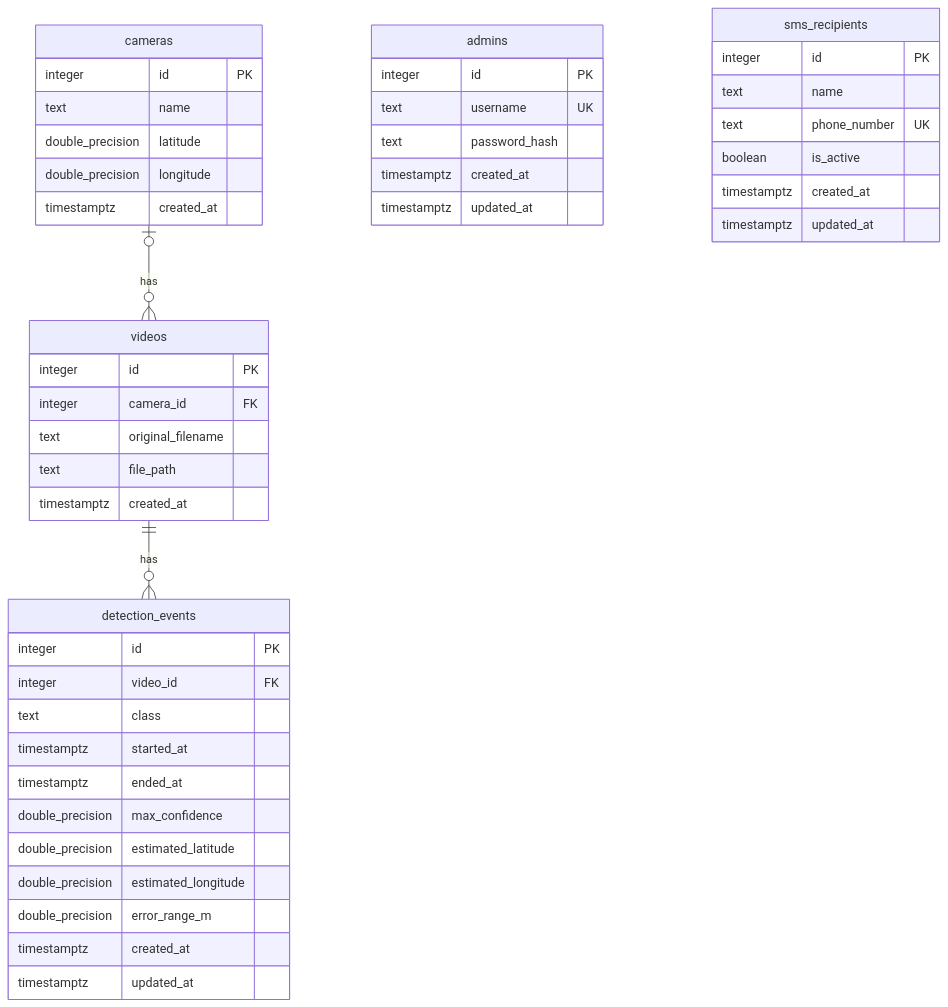
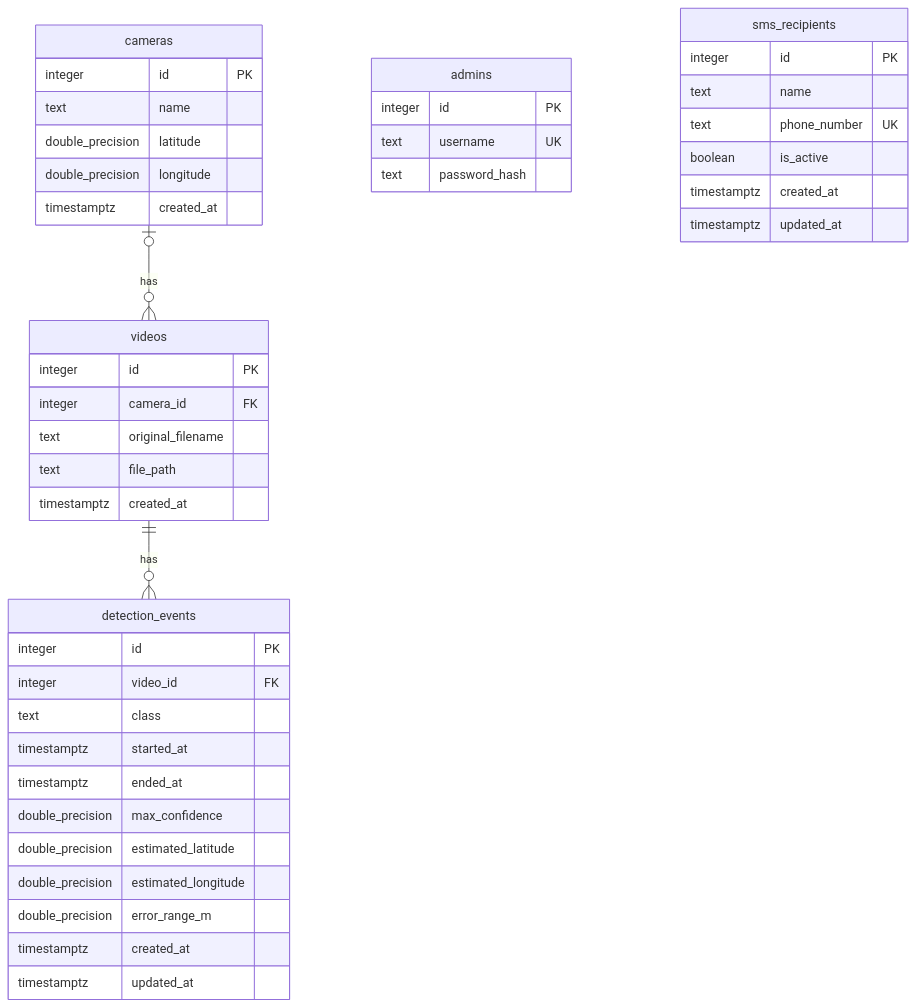
The diagram in docs/DATABASE.md (KNU-FireGuard/wildfire-detection-geolocation), drawn with Mermaid before and after one commit. The commit also changed other lines of this file and 9 other files, not shown here.

````diff
--- a/docs/DATABASE.md
+++ b/docs/DATABASE.md
@@ -14,48 +14,46 @@
 ```mermaid
 erDiagram
     cameras |o--o{ videos : has
     videos ||--o{ detection_events : has
 
     cameras {
         integer id PK
         text name
         double_precision latitude
         double_precision longitude
         timestamptz created_at
     }
     videos {
         integer id PK
         integer camera_id FK
         text original_filename
         text file_path
         timestamptz created_at
     }
     detection_events {
         integer id PK
         integer video_id FK
         text class
         timestamptz started_at
         timestamptz ended_at
         double_precision max_confidence
         double_precision estimated_latitude
         double_precision estimated_longitude
         double_precision error_range_m
         timestamptz created_at
         timestamptz updated_at
     }
     admins {
         integer id PK
         text username UK
         text password_hash
-        timestamptz created_at
-        timestamptz updated_at
     }
     sms_recipients {
         integer id PK
         text name
         text phone_number UK
         boolean is_active
         timestamptz created_at
         timestamptz updated_at
     }
 ```
````
